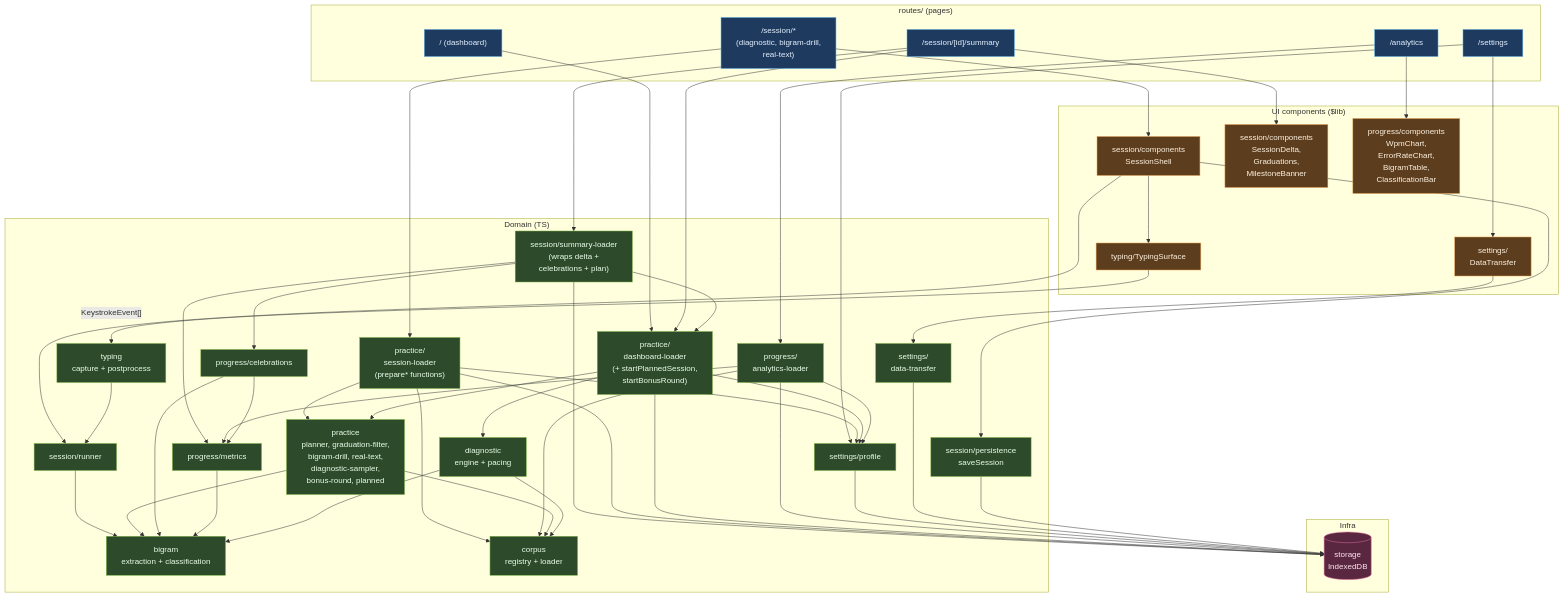
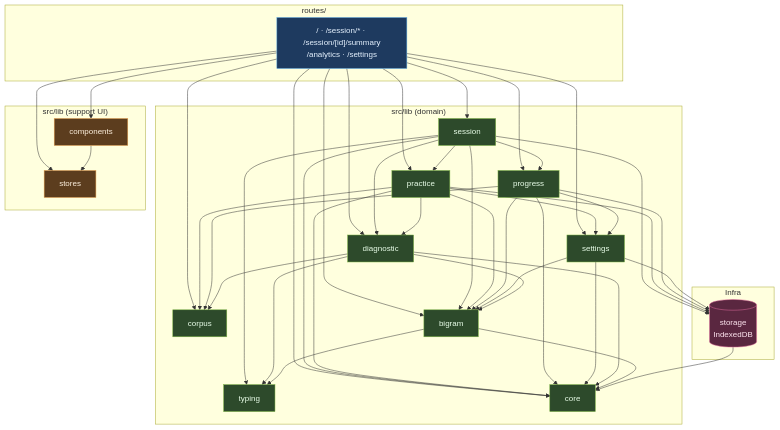
Before and after one commit to Alounv/typing-trainer: the diagram in ARCHITECTURE.md, drawn with Mermaid. The commit also changed other lines of this file and 50 other files, not shown here.

Commit message:
Clarify architecture

````diff
--- a/ARCHITECTURE.md
+++ b/ARCHITECTURE.md
@@ -15,109 +15,82 @@
 ```mermaid
 flowchart TB
-    subgraph Routes["routes/ (pages)"]
-        R_Dash["/ (dashboard)"]
-        R_Sess["/session/*<br/>(diagnostic, bigram-drill,<br/>real-text)"]
-        R_Summary["/session/[id]/summary"]
-        R_Ana["/analytics"]
-        R_Set["/settings"]
+    subgraph Routes["routes/"]
+        R["/ · /session/* · /session/[id]/summary<br/>/analytics · /settings"]
     end
 
-    subgraph UI["UI components ($lib)"]
-        Shell["session/components<br/>SessionShell"]
-        Surface["typing/TypingSurface"]
-        SummaryCmp["session/components<br/>SessionDelta,<br/>Graduations,<br/>MilestoneBanner"]
-        Charts["progress/components<br/>WpmChart,<br/>ErrorRateChart,<br/>BigramTable,<br/>ClassificationBar"]
-        DataXfer["settings/<br/>DataTransfer"]
+    subgraph Domain["src/lib (domain)"]
+        session
+        practice
+        progress
+        settings
+        diagnostic
+        corpus
+        bigram
+        typing
+        core
     end
 
-    subgraph Domain["Domain (TS)"]
-        Typing["typing<br/>capture + postprocess"]
-        Runner["session/runner"]
-        Persistence["session/persistence<br/>saveSession"]
-        SummaryLoader["session/summary-loader<br/>(wraps delta +<br/>celebrations + plan)"]
-
-        DashLoader["practice/<br/>dashboard-loader<br/>(+ startPlannedSession,<br/>startBonusRound)"]
-        SessLoader["practice/<br/>session-loader<br/>(prepare* functions)"]
-        PracticeCore["practice<br/>planner, graduation-filter,<br/>bigram-drill, real-text,<br/>diagnostic-sampler,<br/>bonus-round, planned"]
-
-        Celebrations["progress/celebrations"]
-        Metrics["progress/metrics"]
-        AnalyticsLoader["progress/<br/>analytics-loader"]
-
-        Bigram["bigram<br/>extraction + classification"]
-        Diag["diagnostic<br/>engine + pacing"]
-        Corpus["corpus<br/>registry + loader"]
-        Profile["settings/profile"]
-        DataTransferDom["settings/<br/>data-transfer"]
+    subgraph Support["src/lib (support UI)"]
+        stores
+        components
     end
 
     subgraph Infra["Infra"]
-        Storage[("storage<br/>IndexedDB")]
+        storage[("storage<br/>IndexedDB")]
     end
 
-    %% Dashboard — single loader boundary.
-    R_Dash --> DashLoader
+    %% Route → domain. Each page enters the domain through one (or two) libs,
+    %% never directly into storage.
+    R --> session
+    R --> practice
+    R --> progress
+    R --> settings
+    R --> diagnostic
+    R --> bigram
+    R --> corpus
+    R --> core
+    R --> stores
+    R --> components
 
-    %% Session write-path (keystroke -> storage)
-    R_Sess --> Shell
-    R_Sess --> SessLoader
-    Shell --> Surface
-    Shell --> Runner
-    Shell --> Persistence
-    Surface -- "KeystrokeEvent[]" --> Typing
-    Typing --> Runner
-    Runner --> Bigram
+    %% Domain → domain (all forward-only, strict DAG).
+    session --> practice
+    session --> progress
+    session --> diagnostic
+    session --> bigram
+    session --> typing
+    session --> core
+    practice --> settings
+    practice --> diagnostic
+    practice --> corpus
+    practice --> bigram
+    practice --> core
+    progress --> settings
+    progress --> corpus
+    progress --> bigram
+    progress --> core
+    settings --> bigram
+    settings --> core
+    diagnostic --> corpus
+    diagnostic --> bigram
+    diagnostic --> typing
+    diagnostic --> core
+    bigram --> typing
+    bigram --> core
+    components --> stores
 
-    %% Summary — loader returns delta + celebrations + next planned session.
-    %% The DashLoader edge is only for the `startPlannedSession` /
-    %% `startBonusRound` hand-off actions, not data loading.
-    R_Summary --> SummaryCmp
-    R_Summary --> SummaryLoader
-    R_Summary --> DashLoader
-
-    %% Analytics
-    R_Ana --> Charts
-    R_Ana --> AnalyticsLoader
-
-    %% Settings
-    R_Set --> DataXfer
-    R_Set --> Profile
-    DataXfer --> DataTransferDom
-
-    %% Domain internal + domain -> infra
-    SummaryLoader --> Metrics
-    SummaryLoader --> Celebrations
-    SummaryLoader --> DashLoader
-    SummaryLoader --> Storage
-    SessLoader --> PracticeCore
-    SessLoader --> Corpus
-    SessLoader --> Profile
-    SessLoader --> Storage
-    DashLoader --> PracticeCore
-    DashLoader --> Diag
-    DashLoader --> Profile
-    DashLoader --> Storage
-    AnalyticsLoader --> Metrics
-    AnalyticsLoader --> Storage
-    AnalyticsLoader --> Profile
-    AnalyticsLoader --> Corpus
-    PracticeCore --> Corpus
-    PracticeCore --> Bigram
-    Celebrations --> Metrics
-    Celebrations --> Bigram
-    Metrics --> Bigram
-    Diag --> Corpus
-    Diag --> Bigram
-    Profile --> Storage
-    DataTransferDom --> Storage
-    Persistence --> Storage
+    %% Domain → infra. Only these libs touch storage; routes never do.
+    session --> storage
+    practice --> storage
+    progress --> storage
+    settings --> storage
+    storage --> core
 
     classDef route fill:#1e3a5f,stroke:#5aa9e6,color:#e6f2ff
-    classDef ui fill:#5c3d1e,stroke:#e89f4c,color:#fff2e0
     classDef domain fill:#2d4a2b,stroke:#7cb342,color:#eaffea
+    classDef support fill:#5c3d1e,stroke:#e89f4c,color:#fff2e0
     classDef infra fill:#5a2740,stroke:#e06c9f,color:#ffe6f0
-    class R_Dash,R_Sess,R_Summary,R_Ana,R_Set route
-    class Shell,Surface,SummaryCmp,Charts,DataXfer ui
-    class Typing,Runner,Persistence,SummaryLoader,DashLoader,SessLoader,PracticeCore,Metrics,Celebrations,AnalyticsLoader,Bigram,Diag,Corpus,Profile,DataTransferDom domain
-    class Storage infra
+    class R route
+    class session,practice,progress,settings,diagnostic,corpus,bigram,typing,core domain
+    class stores,components support
+    class storage infra
 ```
````
